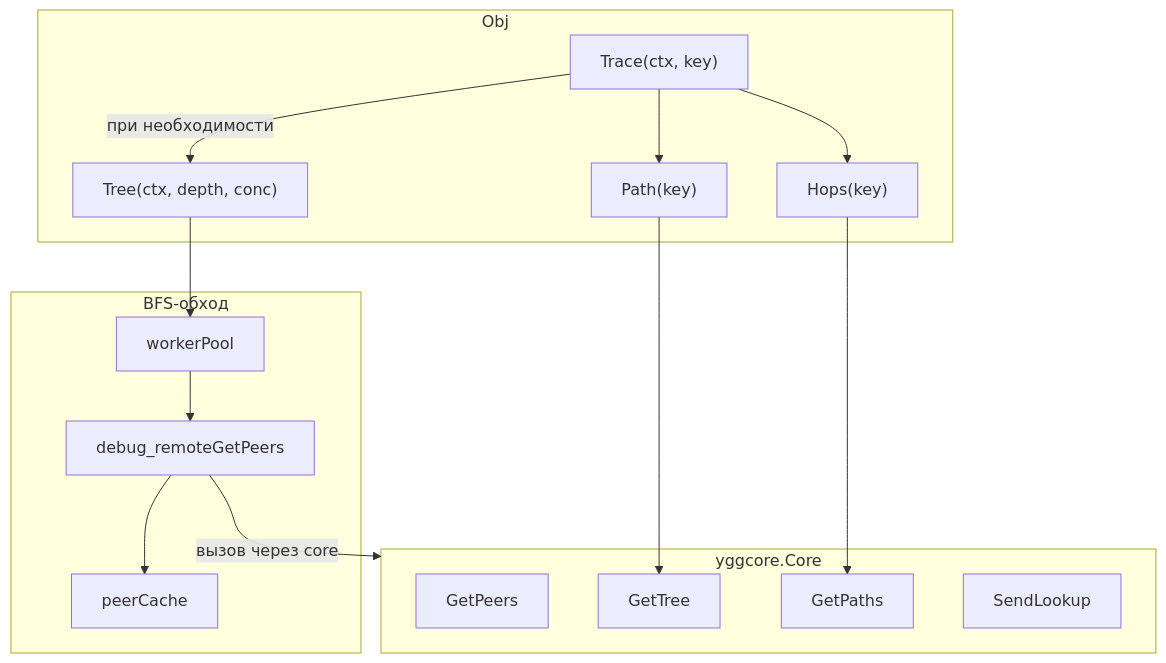
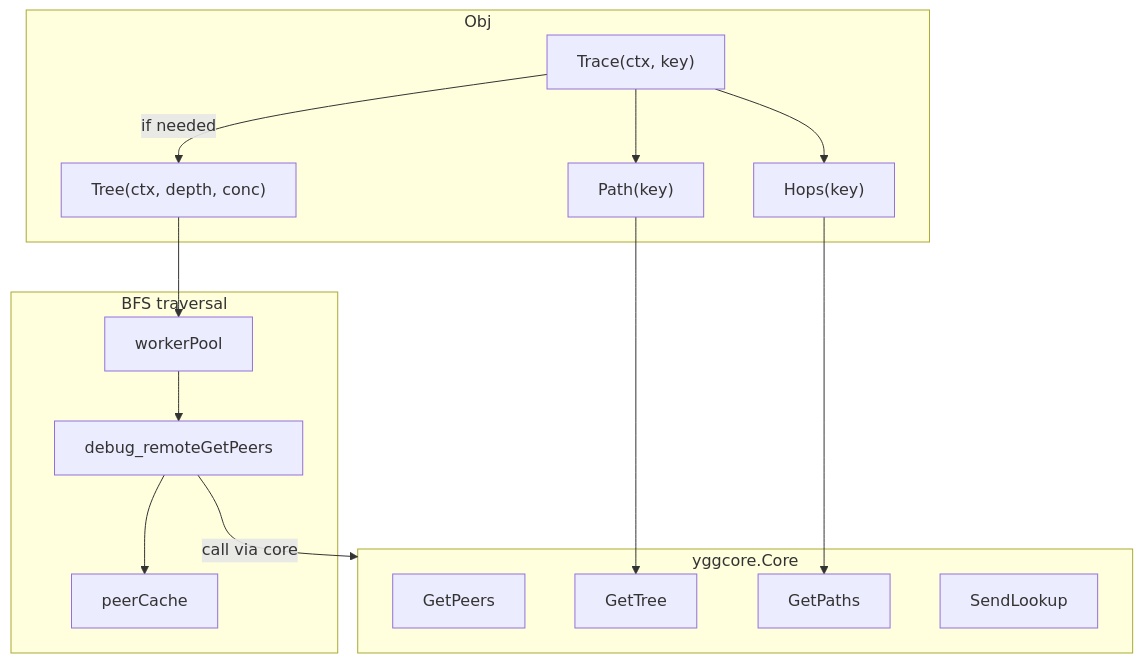
Before and after one commit to voluminor/ratatoskr: the first of 3 diagrams in mod/probe/README.md, drawn with Mermaid. The commit also changed other lines of this file and 6 other files, not shown here.

````diff
--- a/mod/probe/README.md
+++ b/mod/probe/README.md
@@ -28,32 +28,32 @@
 ```mermaid
 flowchart TB
     subgraph Obj["Obj"]
         Tree["Tree(ctx, depth, conc)"]
         Path["Path(key)"]
         Hops["Hops(key)"]
         Trace["Trace(ctx, key)"]
     end
 
-    subgraph BFS["BFS-обход"]
+    subgraph BFS["BFS traversal"]
         Pool["workerPool"]
         Remote["debug_remoteGetPeers"]
         Cache["peerCache"]
     end
 
     subgraph Core["yggcore.Core"]
         GetPeers["GetPeers"]
         GetTree["GetTree"]
         GetPaths["GetPaths"]
         Lookup["SendLookup"]
     end
 
     Tree --> Pool
     Pool --> Remote
     Remote --> Cache
-    Remote -->|" вызов через core "| Core
+    Remote -->|" call via core "| Core
     Path --> GetTree
     Hops --> GetPaths
     Trace --> Path
     Trace --> Hops
-    Trace -->|" при необходимости "| Tree
+    Trace -->|" if needed "| Tree
 ```
````
